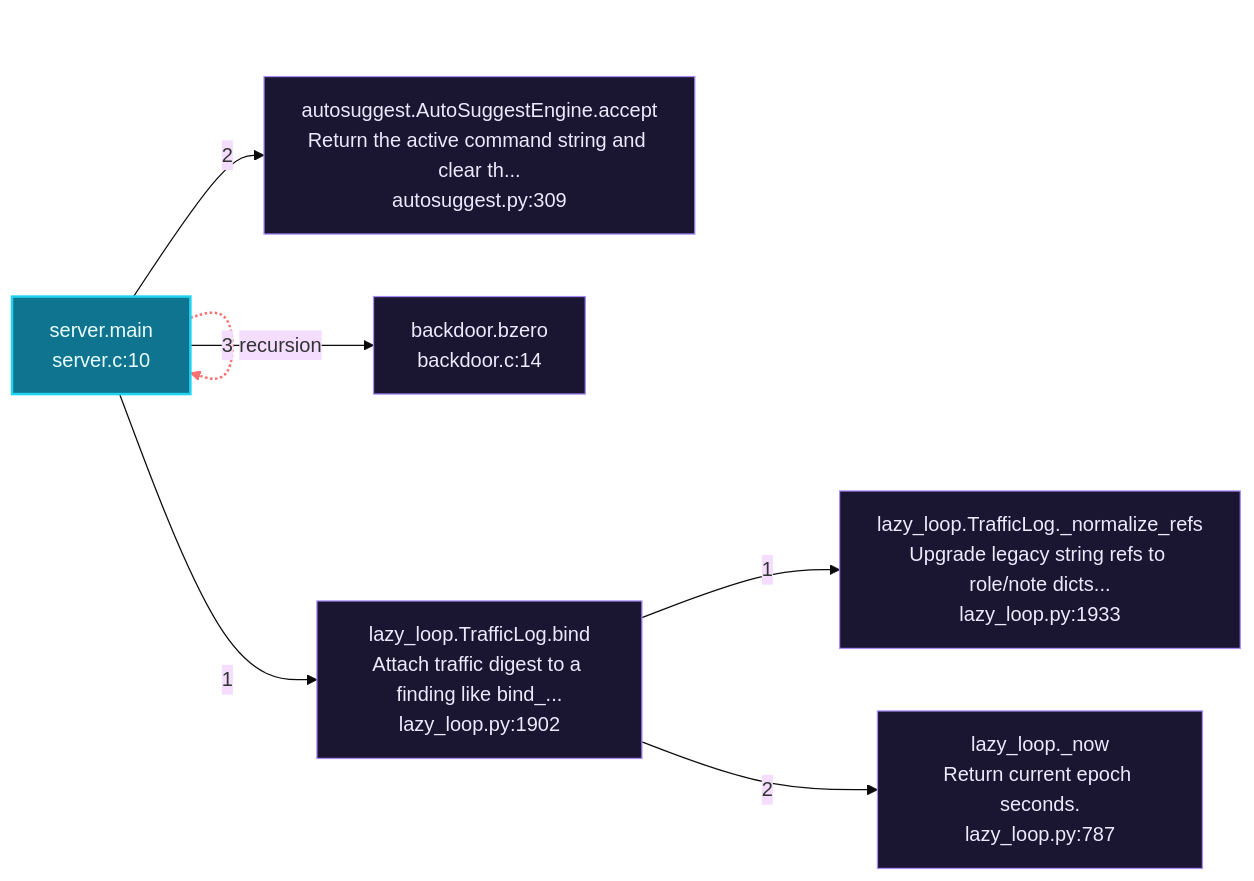
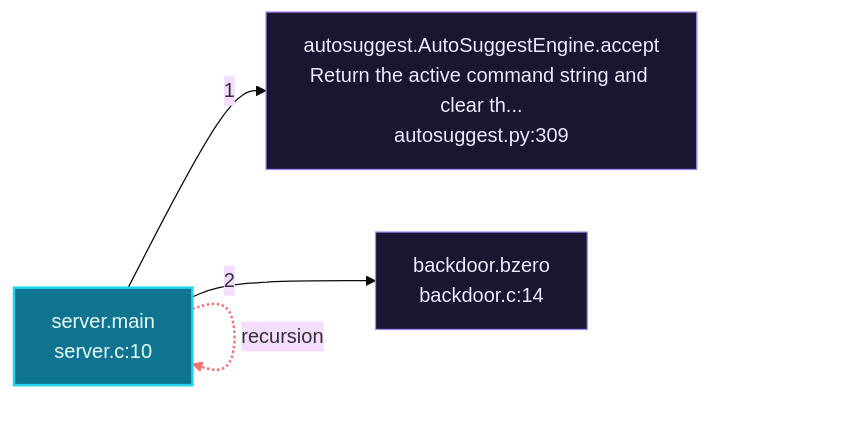
The second of 6 diagrams in readmenator-apidocs/architecture.md (grisuno/LazyOwn), drawn with Mermaid (base theme) before and after one commit. The commit also changed other lines of this file and 464 other files, not shown here.

````diff
--- a/readmenator-apidocs/architecture.md
+++ b/readmenator-apidocs/architecture.md
@@ -187,18 +186,12 @@
 ```mermaid
 flowchart LR
     classDef entry fill:#0e7490,stroke:#22d3ee,color:#ecfeff,stroke-width:2px;
     classDef external fill:#1a1530,stroke:#a78bfa,color:#ede9fe;
     n_modules_backdoor_server_c__main["server.main<br/>server.c:10"]:::entry
-    n_modules_lazy_loop_py__bind["lazy_loop.TrafficLog.bind<br/>Attach traffic digest to a finding like bind_...<br/>lazy_loop.py:1902"]:::external
-    n_modules_lazy_loop_py___normalize_refs["lazy_loop.TrafficLog._normalize_refs<br/>Upgrade legacy string refs to role/note dicts...<br/>lazy_loop.py:1933"]:::external
-    n_modules_lazy_loop_py___now["lazy_loop._now<br/>Return current epoch seconds.<br/>lazy_loop.py:787"]:::external
     n_cli_autosuggest_py__accept["autosuggest.AutoSuggestEngine.accept<br/>Return the active command string and clear th...<br/>autosuggest.py:309"]:::external
     n_modules_backdoor_backdoor_c__bzero["backdoor.bzero<br/>backdoor.c:14"]:::external
     n_modules_backdoor_server_c__main -.->|"recursion"| n_modules_backdoor_server_c__main
-    n_modules_backdoor_server_c__main -->|"1"| n_modules_lazy_loop_py__bind
-    n_modules_lazy_loop_py__bind -->|"1"| n_modules_lazy_loop_py___normalize_refs
-    n_modules_lazy_loop_py__bind -->|"2"| n_modules_lazy_loop_py___now
-    n_modules_backdoor_server_c__main -->|"2"| n_cli_autosuggest_py__accept
-    n_modules_backdoor_server_c__main -->|"3"| n_modules_backdoor_backdoor_c__bzero
+    n_modules_backdoor_server_c__main -->|"1"| n_cli_autosuggest_py__accept
+    n_modules_backdoor_server_c__main -->|"2"| n_modules_backdoor_backdoor_c__bzero
     linkStyle 0 stroke:#f87171,stroke-width:2px;
 ```
````
